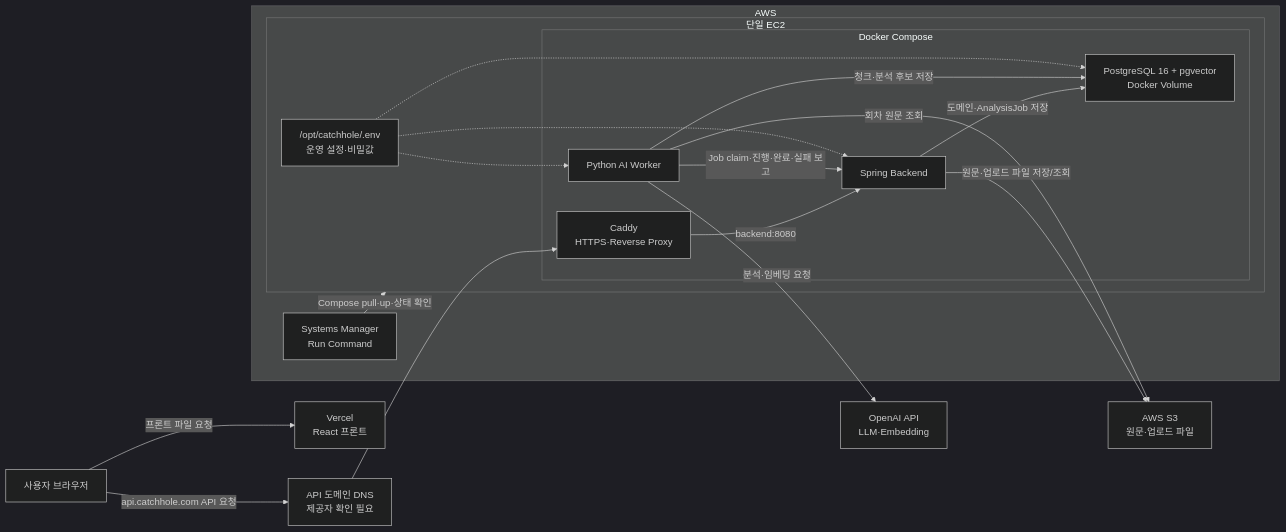
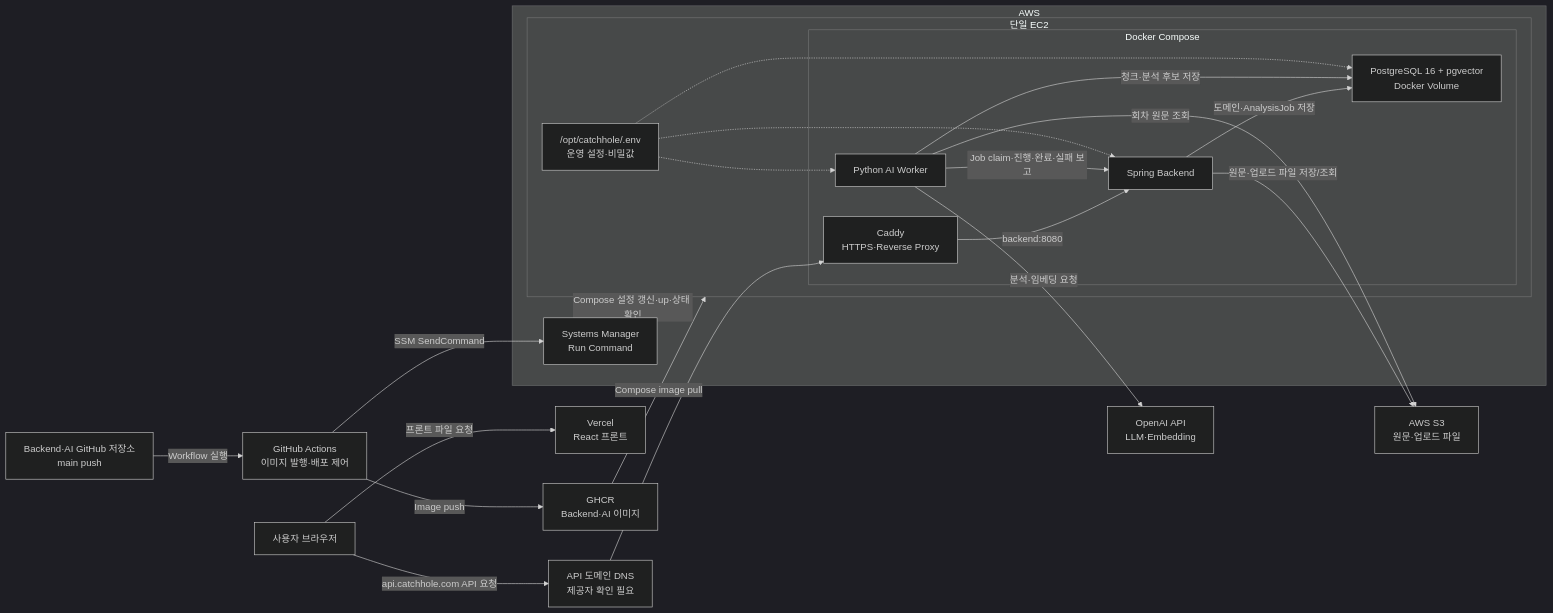
Before and after one commit to catchhole-soma/catchhole-backend-java: the first of 3 diagrams in docs/infrastructure-flow.md, drawn with Mermaid (dark theme).

Commit message:
docs(infra): 구성 요약에 배포 경로를 보강한다
- 현행 구성도에 Backend·AI 저장소, GitHub Actions와 GHCR을 추가한다
- 이미지 발행과 SSM 배포 제어가 EC2 Compose로 이어지는 경계를 표시한다
- 상세 배포 순서는 기존 배포 흐름에 유지해 요약도와 상세도의 역할을 분리한다

````diff
--- a/docs/infrastructure-flow.md
+++ b/docs/infrastructure-flow.md
@@ -25,41 +25,49 @@
 ```mermaid
 flowchart LR
     USER["사용자 브라우저"]
     VERCEL["Vercel<br/>React 프론트"]
     DNS["API 도메인 DNS<br/>제공자 확인 필요"]
     OPENAI["OpenAI API<br/>LLM·Embedding"]
     S3["AWS S3<br/>원문·업로드 파일"]
+    REPOSITORIES["Backend·AI GitHub 저장소<br/>main push"]
+    ACTIONS["GitHub Actions<br/>이미지 발행·배포 제어"]
+    GHCR["GHCR<br/>Backend·AI 이미지"]
 
     subgraph AWS["AWS"]
         SSM["Systems Manager<br/>Run Command"]
 
         subgraph EC2["단일 EC2"]
             subgraph COMPOSE["Docker Compose"]
                 CADDY["Caddy<br/>HTTPS·Reverse Proxy"]
                 SPRING["Spring Backend"]
                 WORKER["Python AI Worker"]
                 POSTGRES["PostgreSQL 16 + pgvector<br/>Docker Volume"]
             end
 
             ENV["/opt/catchhole/.env<br/>운영 설정·비밀값"]
         end
     end
 
     USER -->|"프론트 파일 요청"| VERCEL
     USER -->|"api.catchhole.com API 요청"| DNS
     DNS --> CADDY
     CADDY -->|"backend:8080"| SPRING
 
     SPRING -->|"도메인·AnalysisJob 저장"| POSTGRES
     SPRING -->|"원문·업로드 파일 저장/조회"| S3
 
     WORKER -->|"Job claim·진행·완료·실패 보고"| SPRING
     WORKER -->|"청크·분석 후보 저장"| POSTGRES
     WORKER -->|"회차 원문 조회"| S3
     WORKER -->|"분석·임베딩 요청"| OPENAI
 
     ENV -.-> SPRING
     ENV -.-> WORKER
     ENV -.-> POSTGRES
-    SSM -->|"Compose pull·up·상태 확인"| EC2
+
+    REPOSITORIES -->|"Workflow 실행"| ACTIONS
+    ACTIONS -->|"Image push"| GHCR
+    ACTIONS -->|"SSM SendCommand"| SSM
+    GHCR -->|"Compose image pull"| EC2
+    SSM -->|"Compose 설정 갱신·up·상태 확인"| EC2
 ```
````
